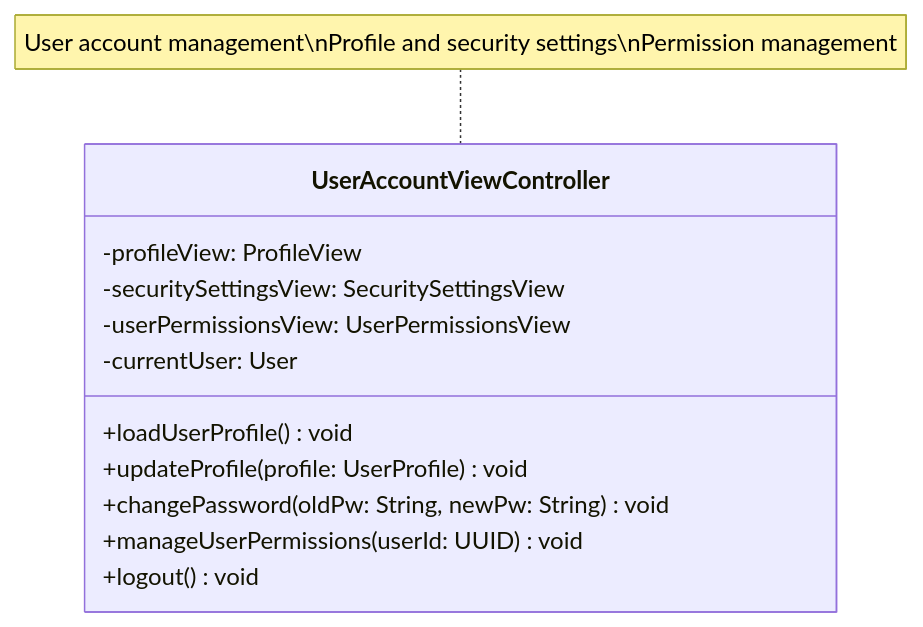
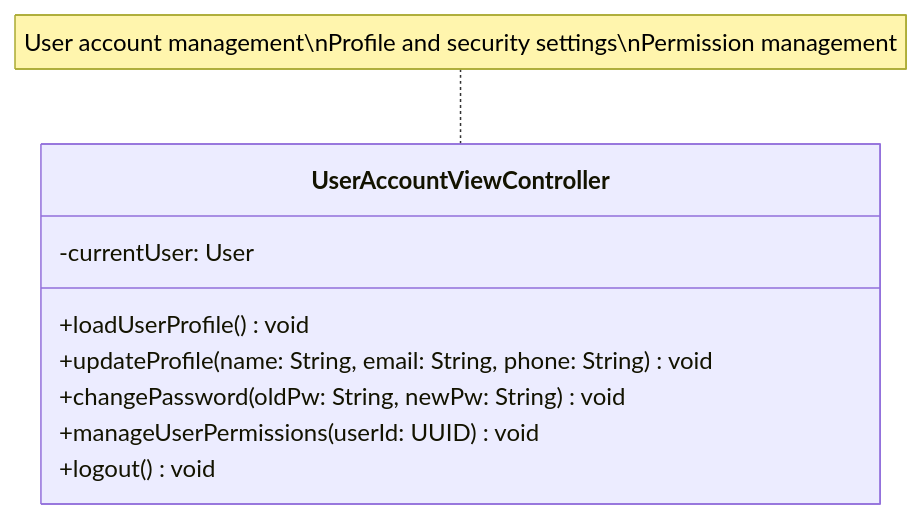
The seventh of 10 diagrams in diagrams/presentation_class_diagram.md (mj010101/swe_25f), drawn with Mermaid before and after one commit. The commit also changed other lines of this file and 4 other files, not shown here.

````diff
--- a/diagrams/presentation_class_diagram.md
+++ b/diagrams/presentation_class_diagram.md
@@ -190,18 +180,15 @@
 ```mermaid
 classDiagram
     direction TB
 
     class UserAccountViewController {
-        -profileView: ProfileView
-        -securitySettingsView: SecuritySettingsView
-        -userPermissionsView: UserPermissionsView
         -currentUser: User
         +loadUserProfile() void
-        +updateProfile(profile: UserProfile) void
+        +updateProfile(name: String, email: String, phone: String) void
         +changePassword(oldPw: String, newPw: String) void
         +manageUserPermissions(userId: UUID) void
         +logout() void
     }
 
     note for UserAccountViewController "User account management\nProfile and security settings\nPermission management"
 ```
````
